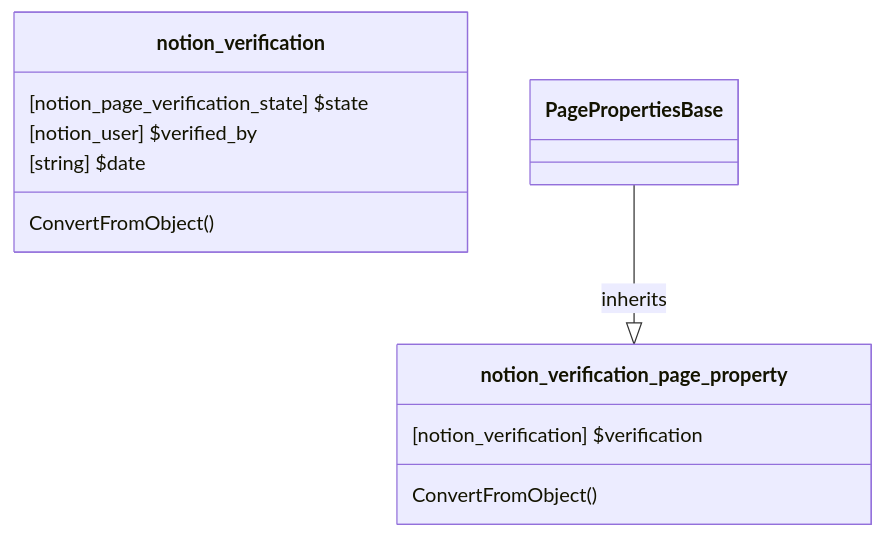
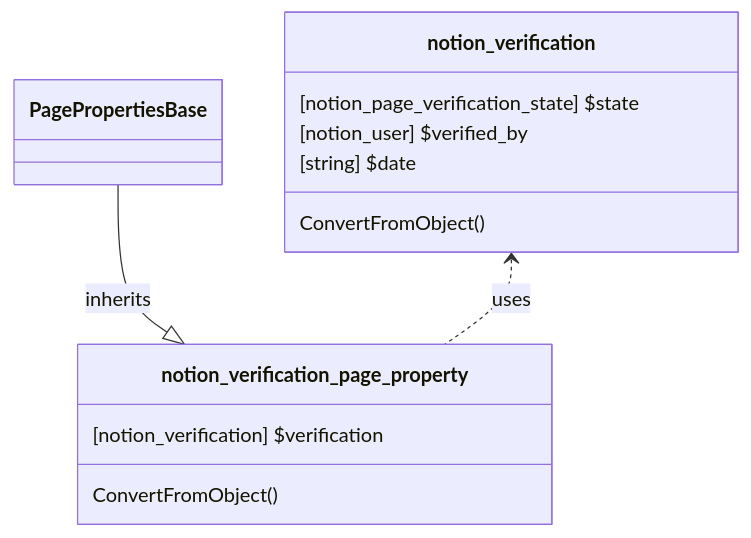
Before and after one commit to fasteiner/Notion: the diagram in source/WikiSource/Classes/Page/PageProperties/24_pp_verification.md, drawn with Mermaid. The commit also changed other lines of this file and 80 other files, not shown here.

````diff
--- a/source/WikiSource/Classes/Page/PageProperties/24_pp_verification.md
+++ b/source/WikiSource/Classes/Page/PageProperties/24_pp_verification.md
@@ -5,15 +5,16 @@
 ```mermaid
 classDiagram
     class notion_verification {
         [notion_page_verification_state] $state
         [notion_user] $verified_by
         [string] $date
         ConvertFromObject()
     }
 
     class notion_verification_page_property {
         [notion_verification] $verification
         ConvertFromObject()
     }
     `PagePropertiesBase` --|> `notion_verification_page_property`:inherits
+    `notion_verification` <.. `notion_verification_page_property`:uses
 ```
````
